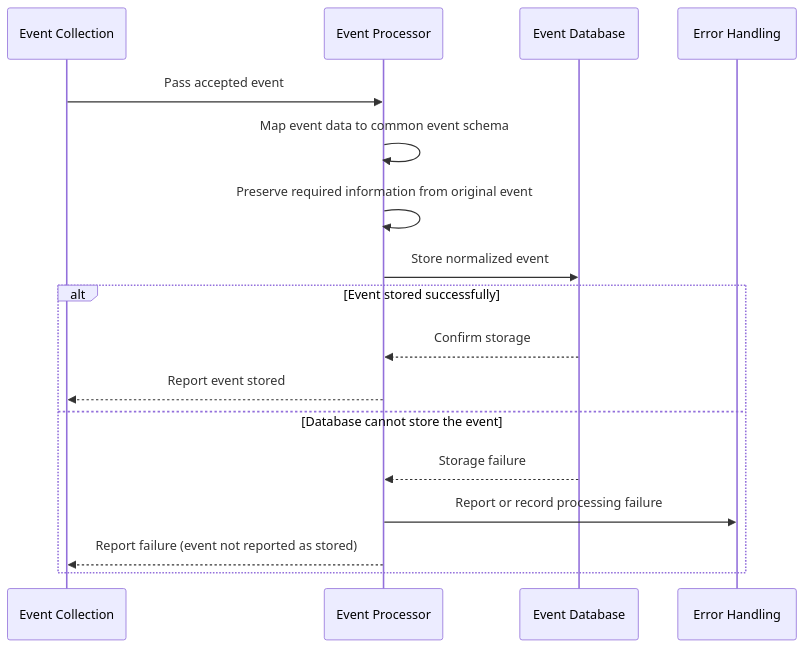
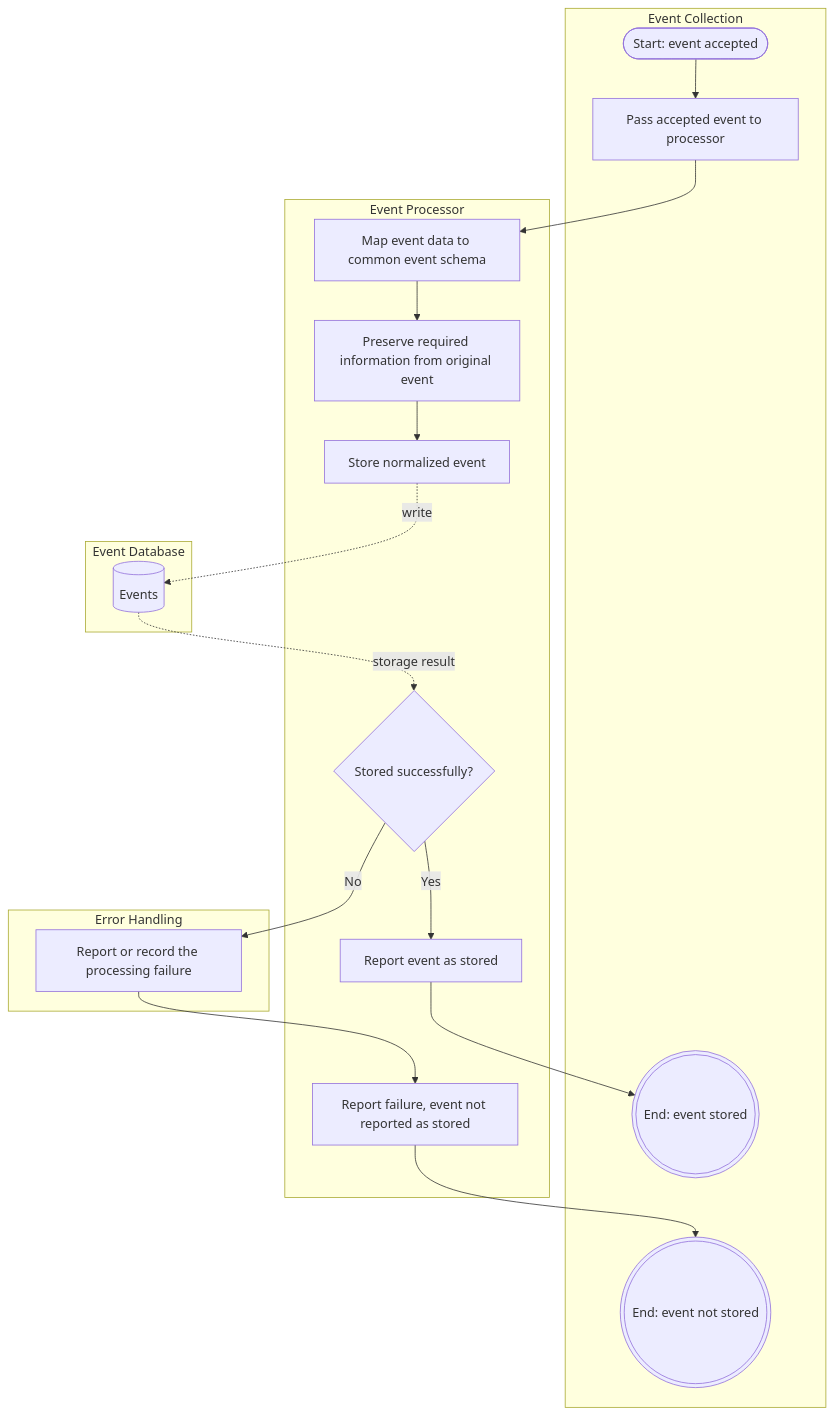
The diagram in docs/analysis/behavior/US-05-event-storage.md (El-Dorado26/hive-honeypot-network), drawn with Mermaid before and after one commit. The commit also changed other lines of this file, not shown here.

Commit message:
Change UML Sequence Diagram to Business Process Diagram
Updated UML Sequence Diagram to Business Process Diagram and modified scenarios accordingly.

````diff
--- a/docs/analysis/behavior/US-05-event-storage.md
+++ b/docs/analysis/behavior/US-05-event-storage.md
@@ -38,21 +40,32 @@
 ```mermaid
-sequenceDiagram
-    participant Collector as Event Collection
-    participant Proc as Event Processor
-    participant DB as Event Database
-    participant Err as Error Handling
+flowchart TB
+    subgraph C["Event Collection"]
+        C1(["Start: event accepted"])
+        C2["Pass accepted event to processor"]
+        CE1((("End: event stored")))
+        CE2((("End: event not stored")))
+    end
 
-    Collector->>Proc: Pass accepted event
-    Proc->>Proc: Map event data to common event schema
-    Proc->>Proc: Preserve required information from original event
-    Proc->>DB: Store normalized event
+    subgraph P["Event Processor"]
+        P1["Map event data to common event schema"]
+        P2["Preserve required information from original event"]
+        P3["Store normalized event"]
+        P4{"Stored successfully?"}
+        P5["Report event as stored"]
+        P6["Report failure, event not reported as stored"]
+    end
 
-    alt Event stored successfully
-        DB-->>Proc: Confirm storage
-        Proc-->>Collector: Report event stored
-    else Database cannot store the event
-        DB-->>Proc: Storage failure
-        Proc->>Err: Report or record processing failure
-        Proc-->>Collector: Report failure (event not reported as stored)
+    subgraph D["Event Database"]
+        D1[("Events")]
     end
+
+    subgraph E["Error Handling"]
+        E1["Report or record the processing failure"]
+    end
+
+    C1 --> C2 --> P1 --> P2 --> P3
+    P3 -.->|"write"| D1
+    D1 -.->|"storage result"| P4
+    P4 -->|"Yes"| P5 --> CE1
+    P4 -->|"No"| E1 --> P6 --> CE2
 ```
````
